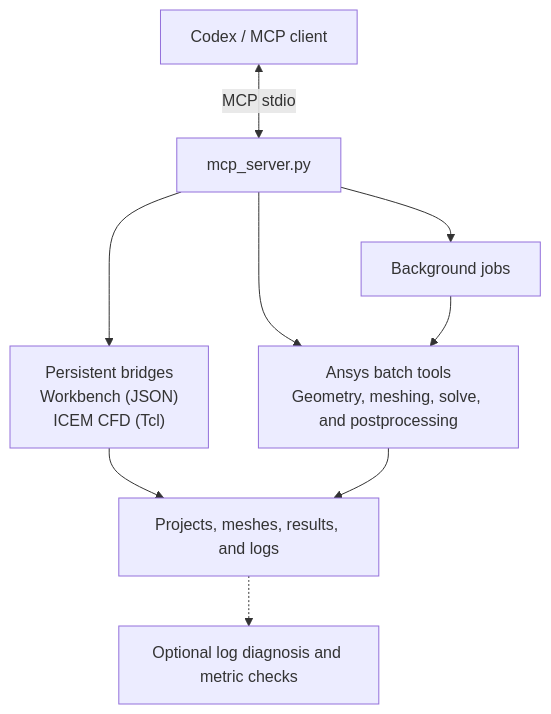
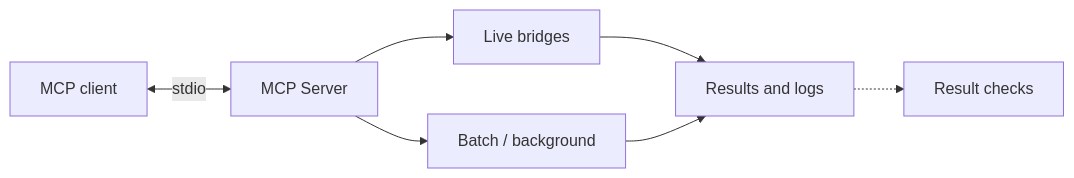
The diagram in README.en.md (hongwenwang36-eng/ANSYS-Workbench-mcp), drawn with Mermaid before and after one commit. The commit also changed other lines of this file and 4 other files, not shown here.

Commit message:
docs: compact workflow diagrams and localize Fluent FSI example

````diff
--- a/README.en.md
+++ b/README.en.md
@@ -51,11 +53,9 @@
 ```mermaid
-flowchart TD
-    Client["Codex / MCP client"] <-->|MCP stdio| Server["mcp_server.py"]
-    Server --> Live["Persistent bridges<br/>Workbench (JSON)<br/>ICEM CFD (Tcl)"]
-    Server --> Batch["Ansys batch tools<br/>Geometry, meshing, solve, and postprocessing"]
-    Server --> Jobs["Background jobs"]
-    Jobs --> Batch
-    Live --> Output["Projects, meshes, results, and logs"]
+flowchart LR
+    Client["MCP client"] <-->|stdio| Server["MCP Server"]
+    Server --> Live["Live bridges"]
+    Server --> Batch["Batch / background"]
+    Live --> Output["Results and logs"]
     Batch --> Output
-    Output -.-> Checks["Optional log diagnosis and metric checks"]
+    Output -.-> Checks["Result checks"]
 ```
````
